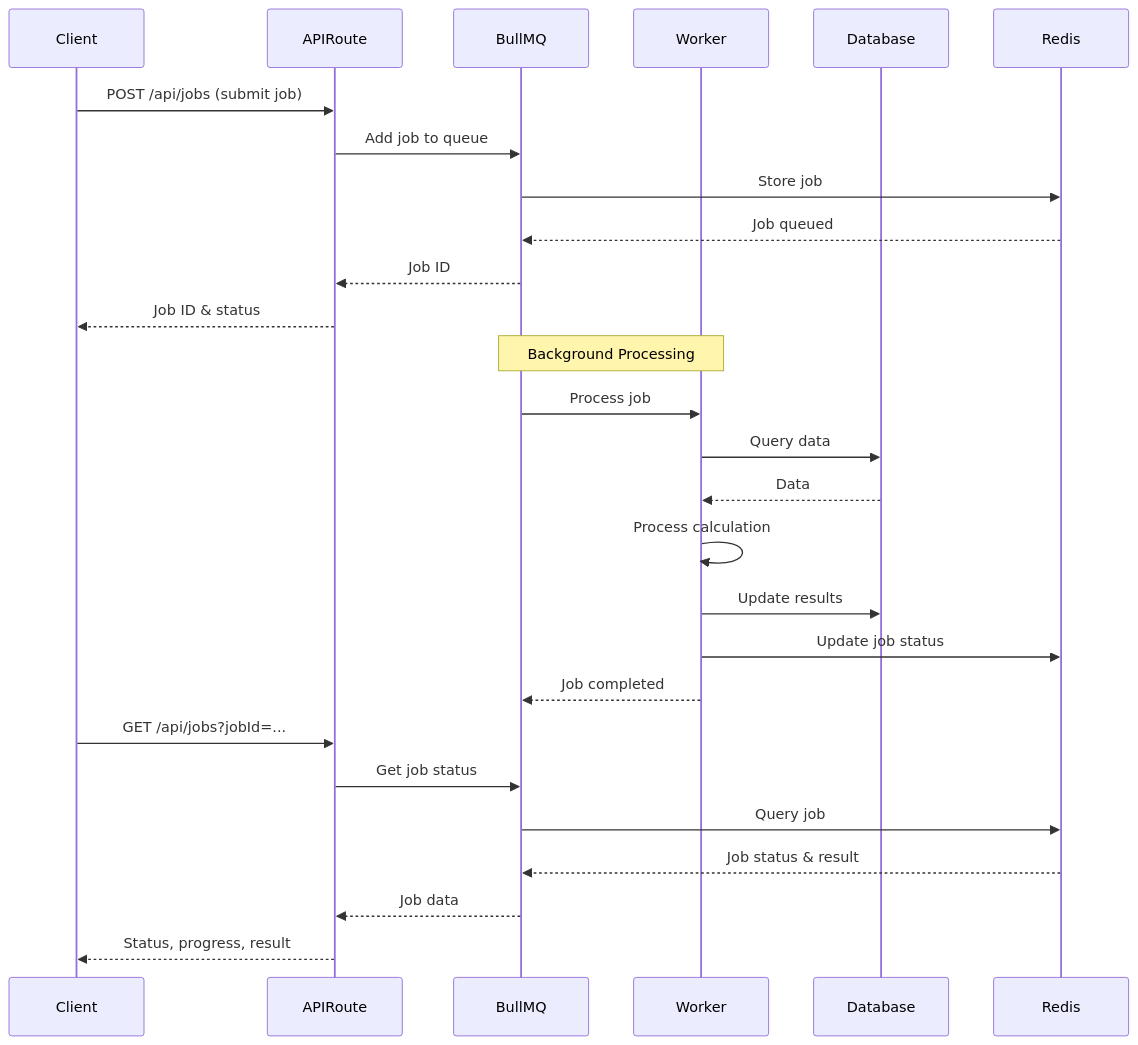
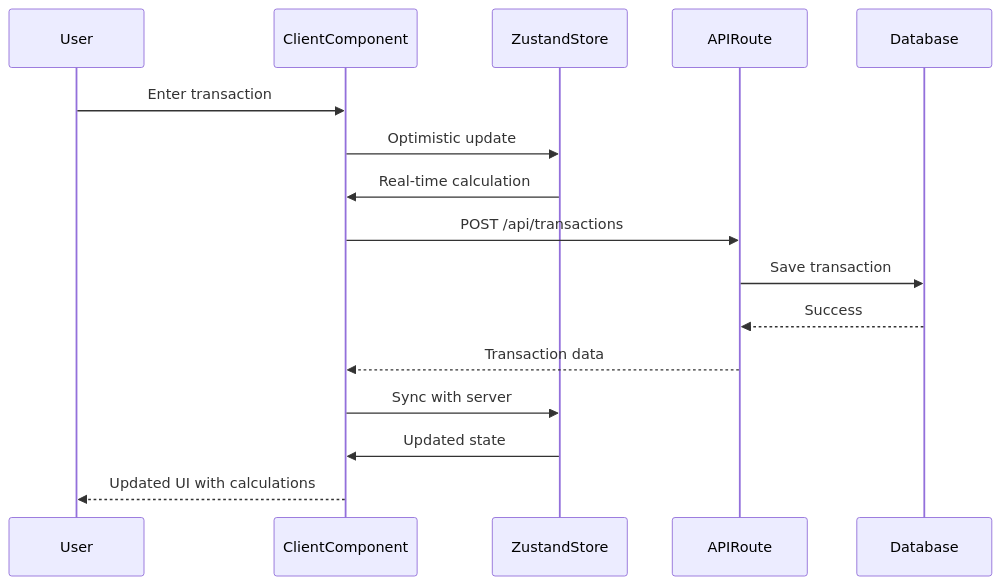
Before and after one commit to Danish11512/MrKrabs: the sixth of 6 diagrams in ARCHITECTURE.md, drawn with Mermaid. The commit also changed other lines of this file and 50 other files, not shown here.

````diff
--- a/ARCHITECTURE.md
+++ b/ARCHITECTURE.md
@@ -855,32 +824,19 @@
 ```mermaid
 sequenceDiagram
-    participant Client
+    participant User
+    participant ClientComponent
+    participant ZustandStore
     participant APIRoute
-    participant BullMQ
-    participant Worker
     participant Database
-    participant Redis
     
-    Client->>APIRoute: POST /api/jobs (submit job)
-    APIRoute->>BullMQ: Add job to queue
-    BullMQ->>Redis: Store job
-    Redis-->>BullMQ: Job queued
-    BullMQ-->>APIRoute: Job ID
-    APIRoute-->>Client: Job ID & status
-    
-    Note over BullMQ,Worker: Background Processing
-    BullMQ->>Worker: Process job
-    Worker->>Database: Query data
-    Database-->>Worker: Data
-    Worker->>Worker: Process calculation
-    Worker->>Database: Update results
-    Worker->>Redis: Update job status
-    Worker-->>BullMQ: Job completed
-    
-    Client->>APIRoute: GET /api/jobs?jobId=...
-    APIRoute->>BullMQ: Get job status
-    BullMQ->>Redis: Query job
-    Redis-->>BullMQ: Job status & result
-    BullMQ-->>APIRoute: Job data
-    APIRoute-->>Client: Status, progress, result
+    User->>ClientComponent: Enter transaction
+    ClientComponent->>ZustandStore: Optimistic update
+    ZustandStore->>ClientComponent: Real-time calculation
+    ClientComponent->>APIRoute: POST /api/transactions
+    APIRoute->>Database: Save transaction
+    Database-->>APIRoute: Success
+    APIRoute-->>ClientComponent: Transaction data
+    ClientComponent->>ZustandStore: Sync with server
+    ZustandStore->>ClientComponent: Updated state
+    ClientComponent-->>User: Updated UI with calculations
 ```
````
